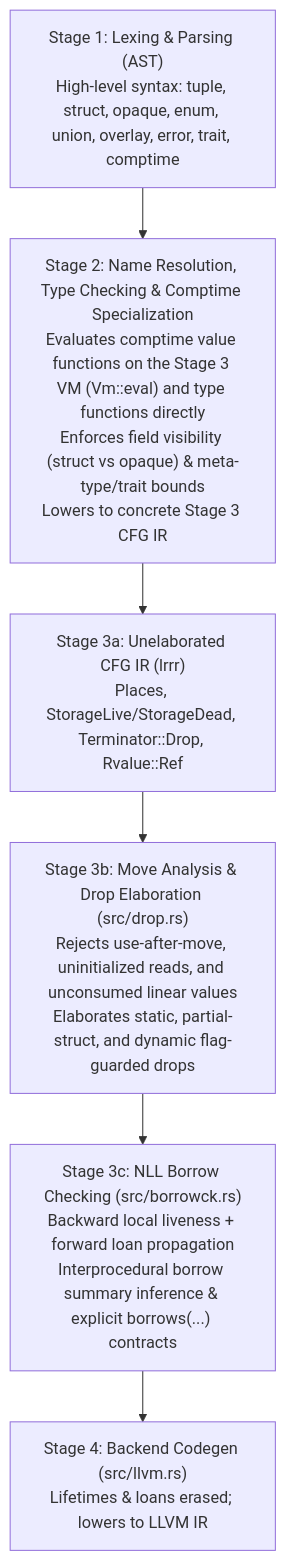
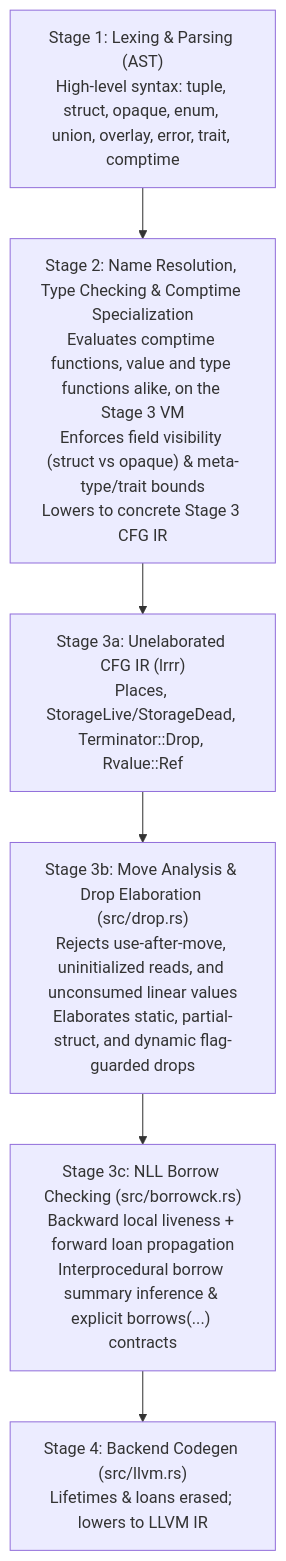
One commit to adam-frisby/SlopLang changed the diagram in DESIGN.md. Above: the diagram before and after it, drawn with Mermaid. The commit also changed other lines of this file and 9 other files, not shown here.

First line of the commit message:
Run type functions on the compile-time VM

````diff
--- a/DESIGN.md
+++ b/DESIGN.md
@@ -13,9 +13,9 @@
 ```mermaid
 flowchart TD
     S1["Stage 1: Lexing & Parsing (AST)<br/>High-level syntax: tuple, struct, opaque, enum, union, overlay, error, trait, comptime"] --> S2
-    S2["Stage 2: Name Resolution, Type Checking & Comptime Specialization<br/>Evaluates comptime value functions on the Stage 3 VM (Vm::eval) and type functions directly<br/>Enforces field visibility (struct vs opaque) & meta-type/trait bounds<br/>Lowers to concrete Stage 3 CFG IR"] --> S3A
+    S2["Stage 2: Name Resolution, Type Checking & Comptime Specialization<br/>Evaluates comptime functions, value and type functions alike, on the Stage 3 VM<br/>Enforces field visibility (struct vs opaque) & meta-type/trait bounds<br/>Lowers to concrete Stage 3 CFG IR"] --> S3A
     S3A["Stage 3a: Unelaborated CFG IR (lrrr)<br/>Places, StorageLive/StorageDead, Terminator::Drop, Rvalue::Ref"] --> S3B
     S3B["Stage 3b: Move Analysis & Drop Elaboration (src/drop.rs)<br/>Rejects use-after-move, uninitialized reads, and unconsumed linear values<br/>Elaborates static, partial-struct, and dynamic flag-guarded drops"] --> S3C
     S3C["Stage 3c: NLL Borrow Checking (src/borrowck.rs)<br/>Backward local liveness + forward loan propagation<br/>Interprocedural borrow summary inference & explicit borrows(...) contracts"] --> S4
     S4["Stage 4: Backend Codegen (src/llvm.rs)<br/>Lifetimes & loans erased; lowers to LLVM IR"]
 ```
````
